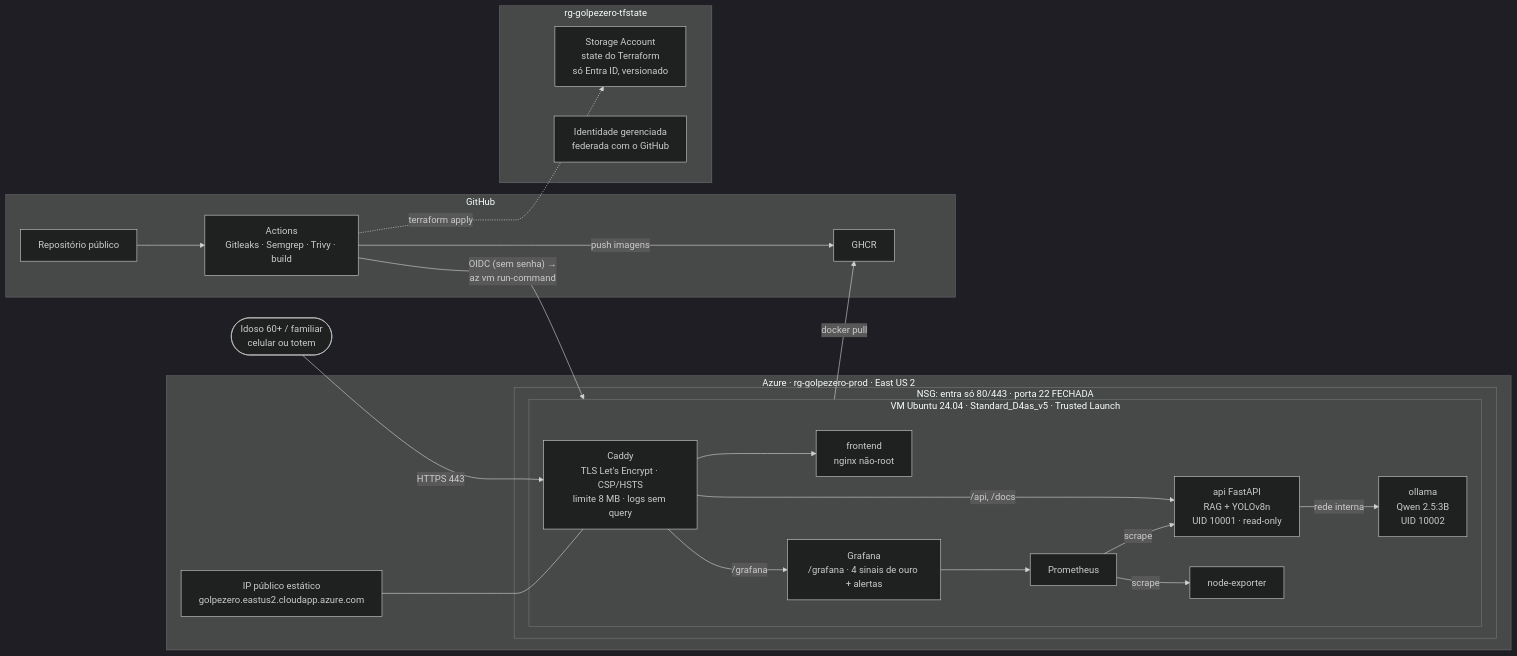
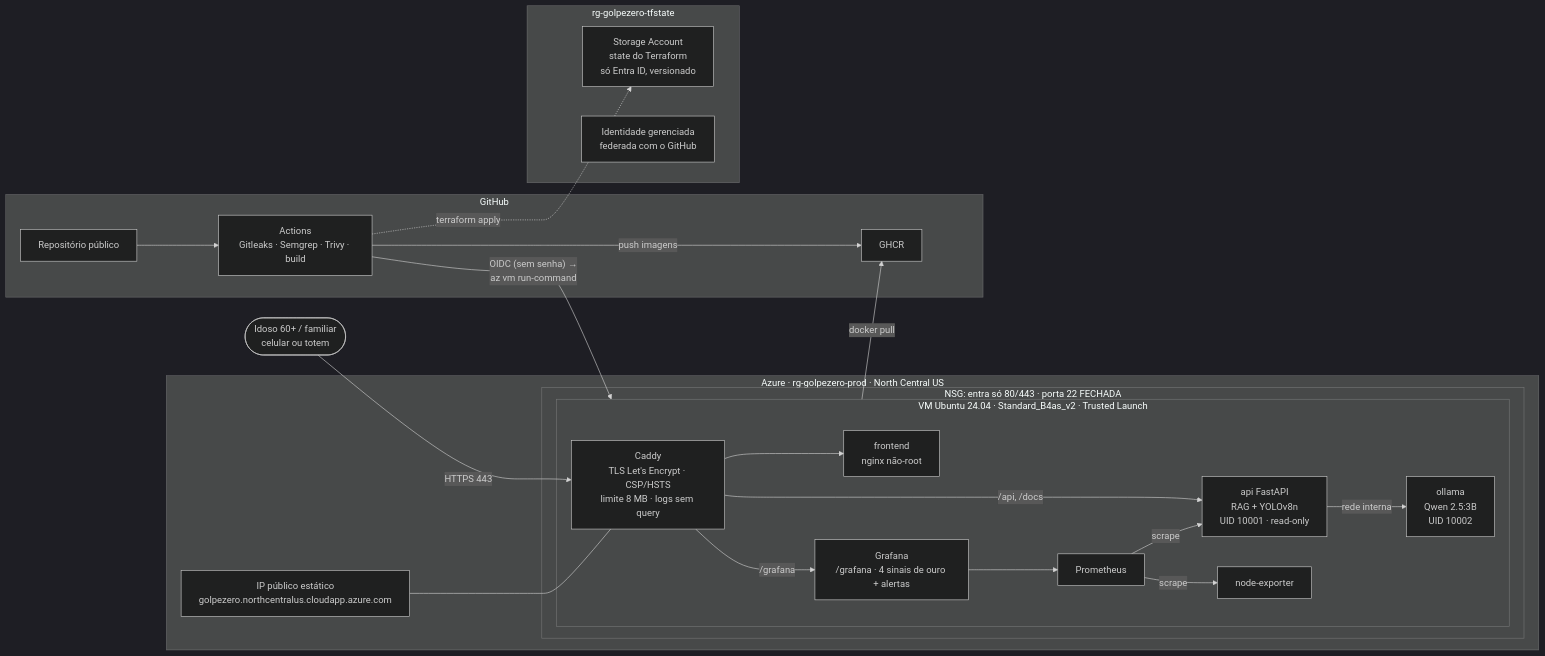
One commit to Autierii/golpe-zero changed the diagram in docs/arquitetura.md. Above: the diagram before and after it, drawn with Mermaid (dark theme). The commit also changed other lines of this file and 9 other files, not shown here.

Commit message:
infra: região northcentralus e VM B4as_v2 (política e cota do Azure for Students da FIAP)

````diff
--- a/docs/arquitetura.md
+++ b/docs/arquitetura.md
@@ -5,40 +5,40 @@
 ```mermaid
 flowchart LR
     idoso(["Idoso 60+ / familiar<br/>celular ou totem"]) -->|HTTPS 443| caddy
 
-    subgraph azure["Azure · rg-golpezero-prod · East US 2"]
+    subgraph azure["Azure · rg-golpezero-prod · North Central US"]
       subgraph nsg["NSG: entra só 80/443 · porta 22 FECHADA"]
-        subgraph vm["VM Ubuntu 24.04 · Standard_D4as_v5 · Trusted Launch"]
+        subgraph vm["VM Ubuntu 24.04 · Standard_B4as_v2 · Trusted Launch"]
           caddy["Caddy<br/>TLS Let's Encrypt · CSP/HSTS<br/>limite 8 MB · logs sem query"]
           front["frontend<br/>nginx não-root"]
           api["api FastAPI<br/>RAG + YOLOv8n<br/>UID 10001 · read-only"]
           ollama["ollama<br/>Qwen 2.5:3B<br/>UID 10002"]
           prom["Prometheus"]
           graf["Grafana<br/>/grafana · 4 sinais de ouro + alertas"]
           node["node-exporter"]
           caddy --> front
           caddy -->|/api, /docs| api
           caddy -->|/grafana| graf
           api -->|rede interna| ollama
           prom -->|scrape| api
           prom -->|scrape| node
           graf --> prom
         end
       end
-      pip["IP público estático<br/>golpezero.eastus2.cloudapp.azure.com"] --- caddy
+      pip["IP público estático<br/>golpezero.northcentralus.cloudapp.azure.com"] --- caddy
     end
 
     subgraph gh["GitHub"]
       repo["Repositório público"] --> actions["Actions<br/>Gitleaks · Semgrep · Trivy · build"]
       actions -->|push imagens| ghcr["GHCR"]
     end
 
     actions -->|"OIDC (sem senha) →<br/>az vm run-command"| vm
     vm -->|docker pull| ghcr
 
     subgraph state["rg-golpezero-tfstate"]
       st["Storage Account<br/>state do Terraform<br/>só Entra ID, versionado"]
       mi["Identidade gerenciada<br/>federada com o GitHub"]
     end
     actions -. terraform apply .-> st
 ```
````
